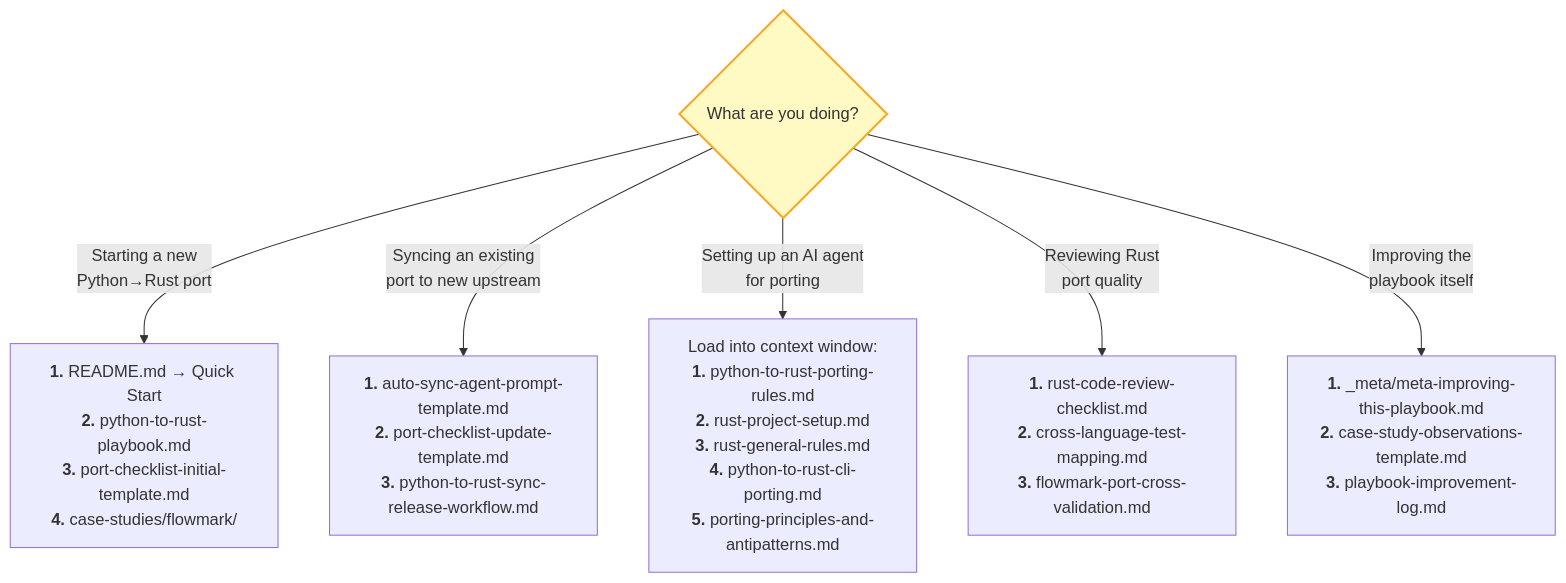
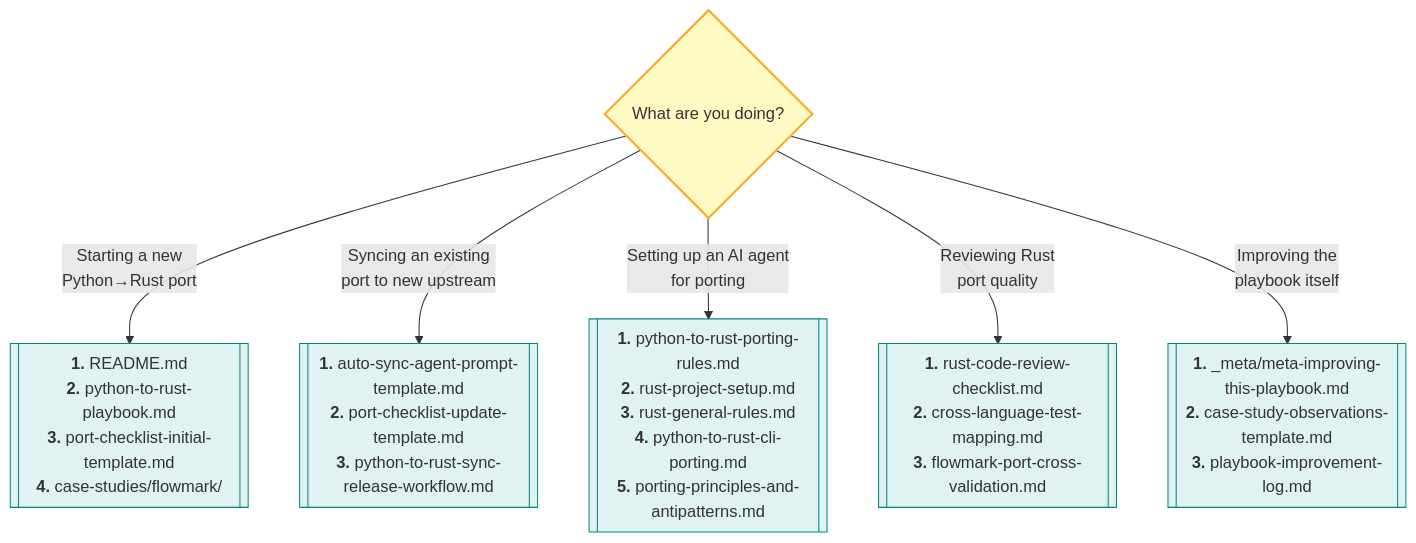
One commit to jlevy/rust-porting-playbook changed the fifth of 6 diagrams in docs/project/playbook-flow-analysis.md. Above: the diagram before and after it, drawn with Mermaid. The commit also changed other lines of this file, not shown here.

First line of the commit message:
Consistent doc styling: teal [[ ]] shape across all diagrams

````diff
--- a/docs/project/playbook-flow-analysis.md
+++ b/docs/project/playbook-flow-analysis.md
@@ -380,22 +392,27 @@
 ```mermaid
 flowchart TD
     WHO{What are you doing?}
 
     WHO -->|"Starting a new<br/>Python→Rust port"| NEW
     WHO -->|"Syncing an existing<br/>port to new upstream"| SYNC
     WHO -->|"Setting up an AI agent<br/>for porting"| AGENT
     WHO -->|"Reviewing Rust<br/>port quality"| QA
-    WHO -->|"Improving the<br/>playbook itself"| META
+    WHO -->|"Improving the<br/>playbook itself"| META_DOCS
 
-    NEW["<b>1.</b> README.md → Quick Start<br/><b>2.</b> python-to-rust-playbook.md<br/><b>3.</b> port-checklist-initial-template.md<br/><b>4.</b> case-studies/flowmark/"]
+    NEW[["<b>1.</b> README.md<br/><b>2.</b> python-to-rust-playbook.md<br/><b>3.</b> port-checklist-initial-template.md<br/><b>4.</b> case-studies/flowmark/"]]
 
-    SYNC["<b>1.</b> auto-sync-agent-prompt-template.md<br/><b>2.</b> port-checklist-update-template.md<br/><b>3.</b> python-to-rust-sync-release-workflow.md"]
+    SYNC[["<b>1.</b> auto-sync-agent-prompt-template.md<br/><b>2.</b> port-checklist-update-template.md<br/><b>3.</b> python-to-rust-sync-release-workflow.md"]]
 
-    AGENT["Load into context window:<br/><b>1.</b> python-to-rust-porting-rules.md<br/><b>2.</b> rust-project-setup.md<br/><b>3.</b> rust-general-rules.md<br/><b>4.</b> python-to-rust-cli-porting.md<br/><b>5.</b> porting-principles-and-antipatterns.md"]
+    AGENT[["<b>1.</b> python-to-rust-porting-rules.md<br/><b>2.</b> rust-project-setup.md<br/><b>3.</b> rust-general-rules.md<br/><b>4.</b> python-to-rust-cli-porting.md<br/><b>5.</b> porting-principles-and-antipatterns.md"]]
 
-    QA["<b>1.</b> rust-code-review-checklist.md<br/><b>2.</b> cross-language-test-mapping.md<br/><b>3.</b> flowmark-port-cross-validation.md"]
+    QA[["<b>1.</b> rust-code-review-checklist.md<br/><b>2.</b> cross-language-test-mapping.md<br/><b>3.</b> flowmark-port-cross-validation.md"]]
 
-    META["<b>1.</b> _meta/meta-improving-this-playbook.md<br/><b>2.</b> case-study-observations-template.md<br/><b>3.</b> playbook-improvement-log.md"]
+    META_DOCS[["<b>1.</b> _meta/meta-improving-this-playbook.md<br/><b>2.</b> case-study-observations-template.md<br/><b>3.</b> playbook-improvement-log.md"]]
 
     style WHO fill:#fff9c4,stroke:#F9A825,stroke-width:2px
+    style NEW fill:#e0f2f1,stroke:#00897B
+    style SYNC fill:#e0f2f1,stroke:#00897B
+    style AGENT fill:#e0f2f1,stroke:#00897B
+    style QA fill:#e0f2f1,stroke:#00897B
+    style META_DOCS fill:#e0f2f1,stroke:#00897B
 ```
````
